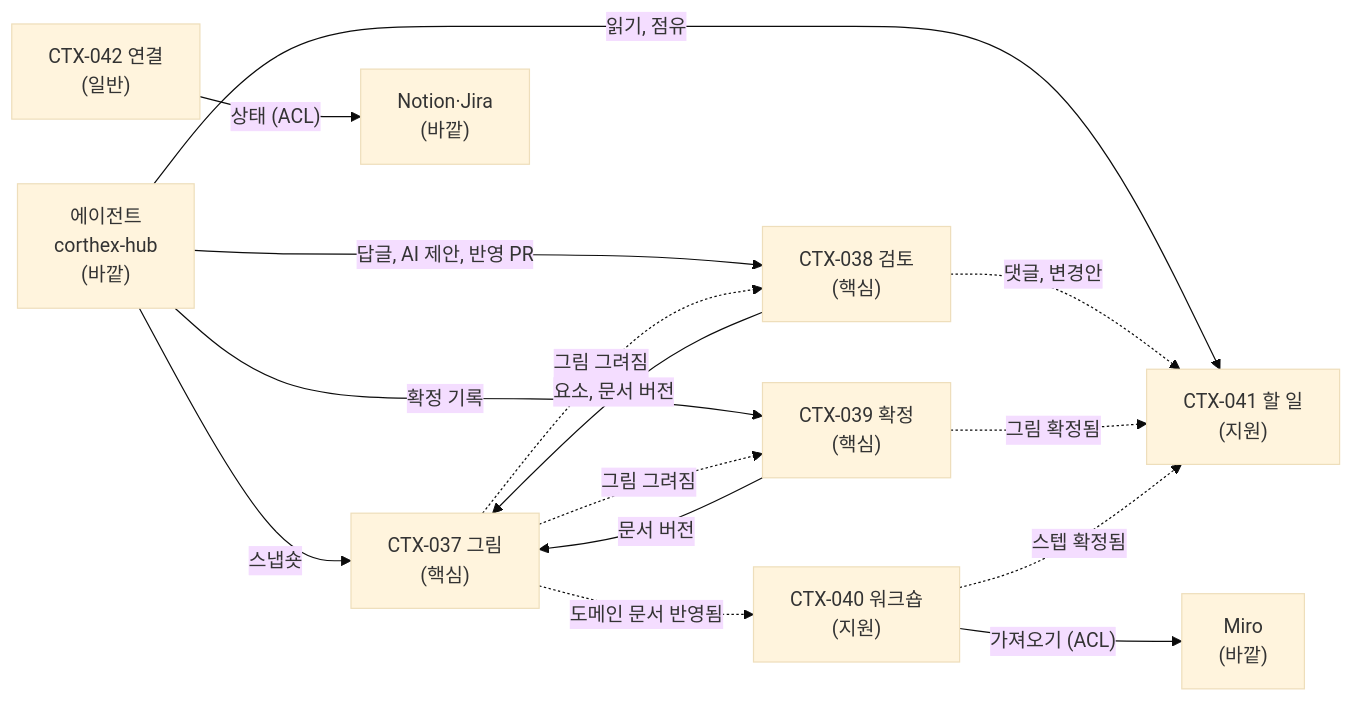
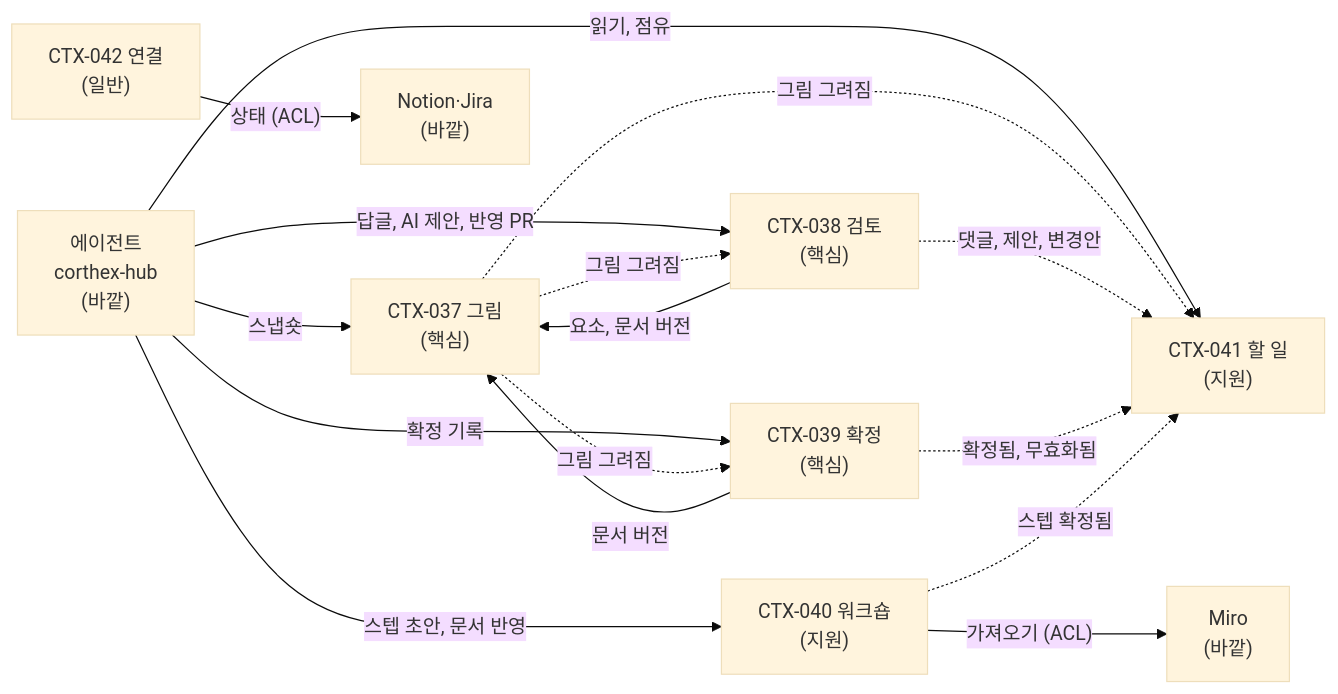
Before and after one commit to kodonghui/corthex-nexus: the diagram in docs/01-domain/nexus.ko.md, drawn with Mermaid (base theme). The commit also changed other lines of this file and 2 other files, not shown here.

First line of the commit message:
Correct the stage-01 design after its review

````diff
--- a/docs/01-domain/nexus.ko.md
+++ b/docs/01-domain/nexus.ko.md
@@ -257,27 +267,28 @@
 ```mermaid
 flowchart LR
   %% grammar: structure
   agent["에이전트<br/>corthex-hub<br/>(바깥)"]
   diagram["CTX-037 그림<br/>(핵심)"]
   review["CTX-038 검토<br/>(핵심)"]
   confirm["CTX-039 확정<br/>(핵심)"]
   workshop["CTX-040 워크숍<br/>(지원)"]
   todo["CTX-041 할 일<br/>(지원)"]
   toollink["CTX-042 연결<br/>(일반)"]
   tools["Notion·Jira<br/>(바깥)"]
   miro["Miro<br/>(바깥)"]
   agent -->|"스냅숏"| diagram
   agent -->|"답글, AI 제안, 반영 PR"| review
   agent -->|"확정 기록"| confirm
   agent -->|"읽기, 점유"| todo
+  agent -->|"스텝 초안, 문서 반영"| workshop
   review -->|"요소, 문서 버전"| diagram
   confirm -->|"문서 버전"| diagram
   diagram -.->|"그림 그려짐"| review
   diagram -.->|"그림 그려짐"| confirm
-  diagram -.->|"도메인 문서 반영됨"| workshop
-  review -.->|"댓글, 변경안"| todo
-  confirm -.->|"그림 확정됨"| todo
+  diagram -.->|"그림 그려짐"| todo
+  review -.->|"댓글, 제안, 변경안"| todo
+  confirm -.->|"확정됨, 무효화됨"| todo
   workshop -.->|"스텝 확정됨"| todo
   toollink -->|"상태 (ACL)"| tools
   workshop -->|"가져오기 (ACL)"| miro
 ```
````
